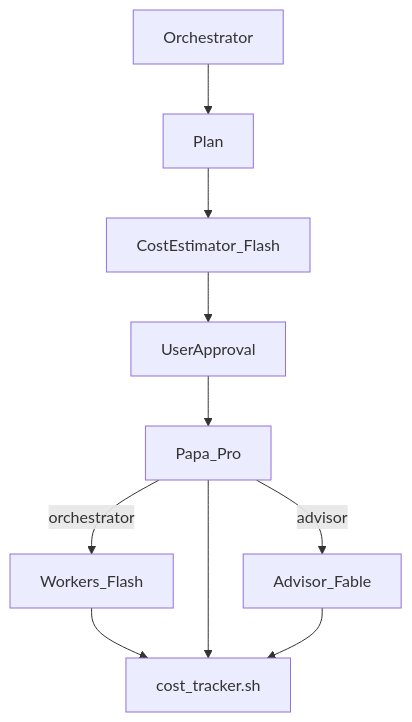
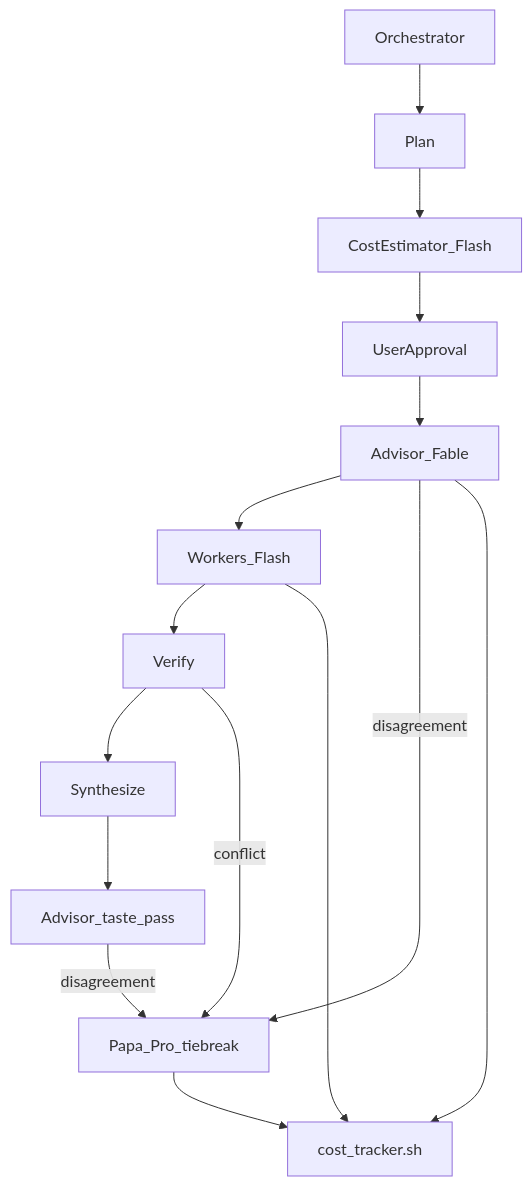
Before and after one commit to Shubhamsaboo/awesome-llm-apps: the diagram in agent_skills/advisor-orchestrator-worker/README.md, drawn with Mermaid. The commit also changed other lines of this file and 14 other files, not shown here.

````diff
--- a/agent_skills/advisor-orchestrator-worker/README.md
+++ b/agent_skills/advisor-orchestrator-worker/README.md
@@ -15,19 +15,23 @@
 ```mermaid
 flowchart TD
   Orch[Orchestrator]
   Plan[Plan]
   Est[CostEstimator_Flash]
   User[UserApproval]
-  Papa[Papa_Pro]
   Adv[Advisor_Fable]
   Work[Workers_Flash]
   Track[cost_tracker.sh]
+  Papa[Papa_Pro_tiebreak]
 
-  Orch --> Plan --> Est --> User
-  User --> Papa
-  Papa -->|advisor| Adv
-  Papa -->|orchestrator| Work
+  Orch --> Plan --> Est --> User --> Adv
+  Adv --> Work
+  Work --> Verify[Verify]
+  Verify --> Synth[Synthesize]
+  Synth --> Adv2[Advisor_taste_pass]
+  Verify -->|conflict| Papa
+  Adv -->|disagreement| Papa
+  Adv2 -->|disagreement| Papa
   Work --> Track
+  Adv --> Track
   Papa --> Track
-  Adv --> Track
 ```
````
